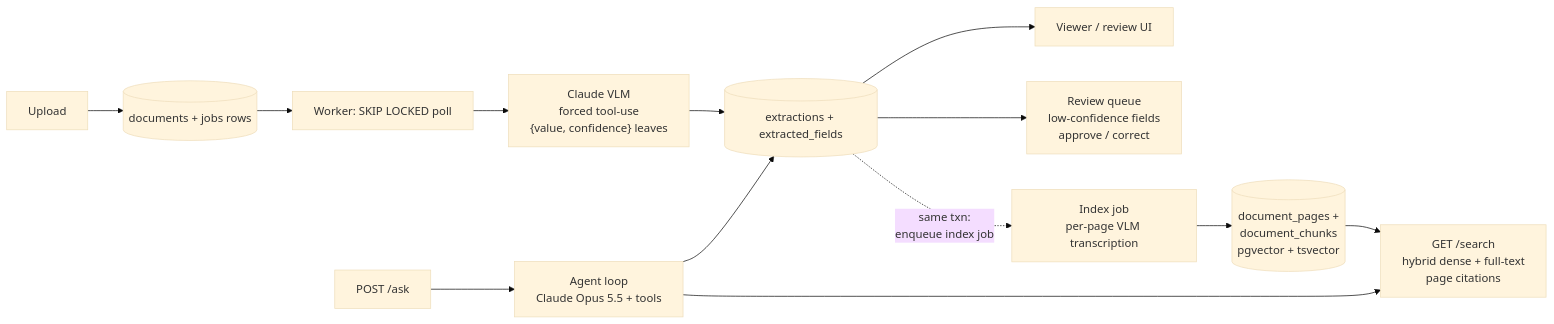
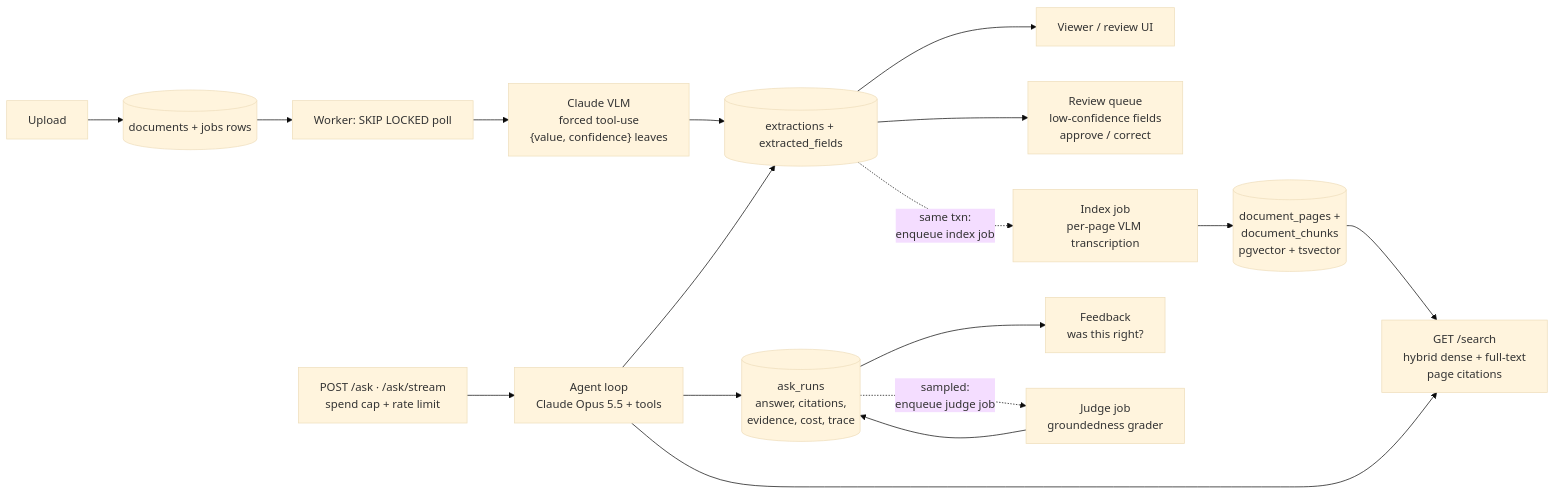
One commit to Antheagao/doc-pilot changed the diagram in README.md. Above: the diagram before and after it, drawn with Mermaid (base theme). The commit also changed other lines of this file and 9 other files, not shown here.

````diff
--- a/README.md
+++ b/README.md
@@ -126,15 +126,19 @@
 ```mermaid
 flowchart LR
     U[Upload] --> D[(documents + jobs rows)]
     D --> W[Worker: SKIP LOCKED poll]
     W --> C["Claude VLM<br/>forced tool-use<br/>{value, confidence} leaves"]
     C --> E[(extractions + extracted_fields)]
     E --> V[Viewer / review UI]
     E --> R["Review queue<br/>low-confidence fields<br/>approve / correct"]
     E -. "same txn:<br/>enqueue index job" .-> I["Index job<br/>per-page VLM transcription"]
     I --> K[("document_pages +<br/>document_chunks<br/>pgvector + tsvector")]
     K --> S["GET /search<br/>hybrid dense + full-text<br/>page citations"]
-    Q["POST /ask"] --> A["Agent loop<br/>Claude Opus 5.5 + tools"]
+    Q["POST /ask · /ask/stream<br/>spend cap + rate limit"] --> A["Agent loop<br/>Claude Opus 5.5 + tools"]
     A --> S
     A --> E
+    A --> RUN[("ask_runs<br/>answer, citations,<br/>evidence, cost, trace")]
+    RUN --> F["Feedback<br/>was this right?"]
+    RUN -. "sampled:<br/>enqueue judge job" .-> J["Judge job<br/>groundedness grader"]
+    J --> RUN
 ```
````
